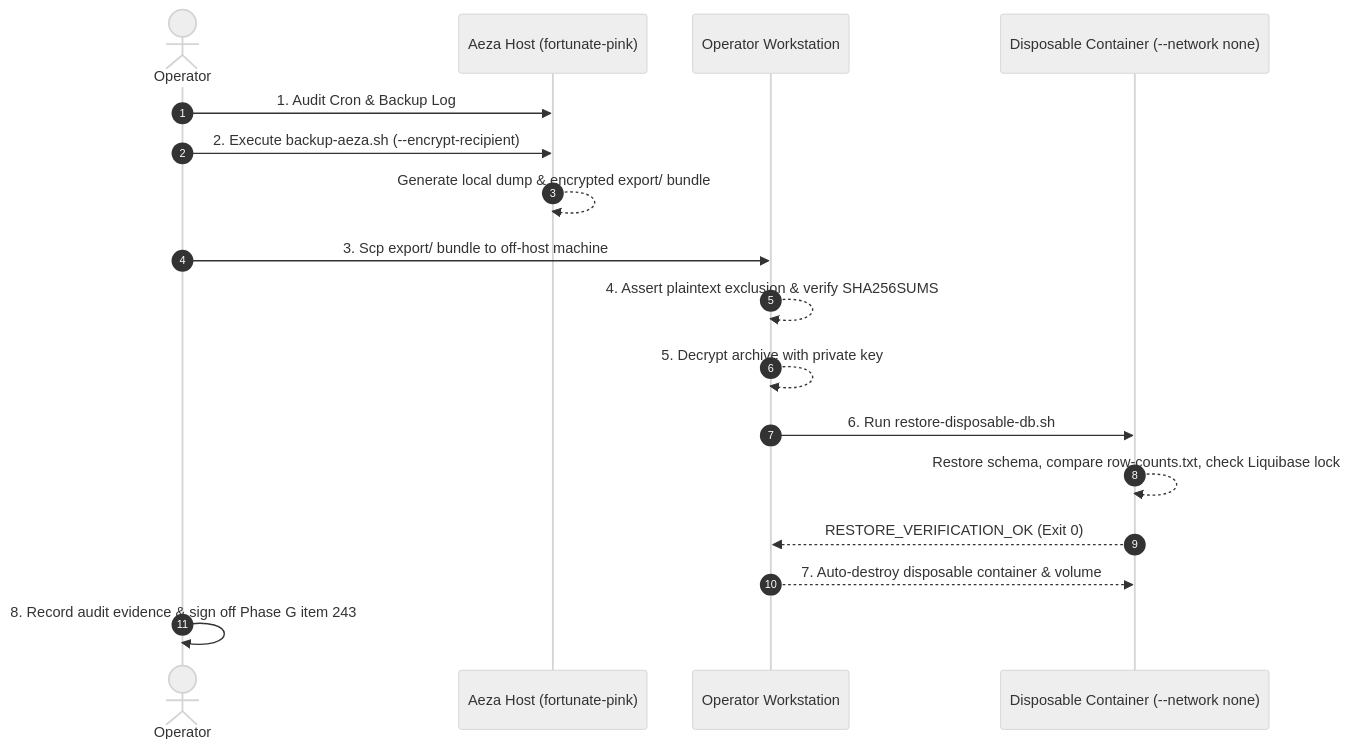
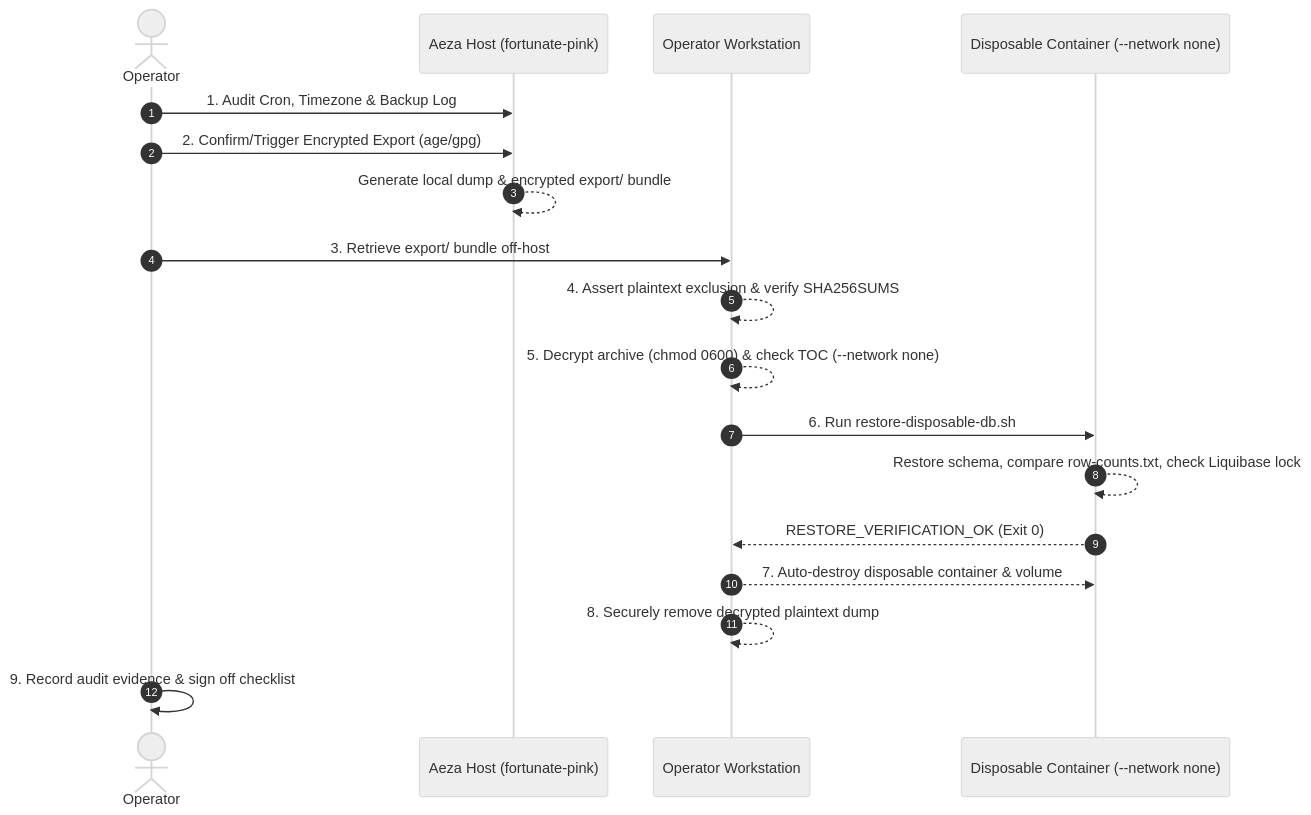
The diagram in docs/backup-restore-drill-runbook.md (larchanka-training/dmc-1-t2-notebook-mono), drawn with Mermaid (neutral theme) before and after one commit. The commit also changed other lines of this file, not shown here.

````diff
--- a/docs/backup-restore-drill-runbook.md
+++ b/docs/backup-restore-drill-runbook.md
@@ -49,20 +65,21 @@
 ```mermaid
 sequenceDiagram
     autonumber
     actor Operator
     participant Aeza as Aeza Host (fortunate-pink)
     participant Workstation as Operator Workstation
     participant Disposable as Disposable Container (--network none)
 
-    Operator->>Aeza: 1. Audit Cron & Backup Log
-    Operator->>Aeza: 2. Execute backup-aeza.sh (--encrypt-recipient)
+    Operator->>Aeza: 1. Audit Cron, Timezone & Backup Log
+    Operator->>Aeza: 2. Confirm/Trigger Encrypted Export (age/gpg)
     Aeza-->>Aeza: Generate local dump & encrypted export/ bundle
-    Operator->>Workstation: 3. Scp export/ bundle to off-host machine
+    Operator->>Workstation: 3. Retrieve export/ bundle off-host
     Workstation-->>Workstation: 4. Assert plaintext exclusion & verify SHA256SUMS
-    Workstation-->>Workstation: 5. Decrypt archive with private key
+    Workstation-->>Workstation: 5. Decrypt archive (chmod 0600) & check TOC (--network none)
     Workstation->>Disposable: 6. Run restore-disposable-db.sh
     Disposable-->>Disposable: Restore schema, compare row-counts.txt, check Liquibase lock
     Disposable-->>Workstation: RESTORE_VERIFICATION_OK (Exit 0)
     Workstation-->>Disposable: 7. Auto-destroy disposable container & volume
-    Operator->>Operator: 8. Record audit evidence & sign off Phase G item 243
+    Workstation-->>Workstation: 8. Securely remove decrypted plaintext dump
+    Operator->>Operator: 9. Record audit evidence & sign off checklist
 ```
````
